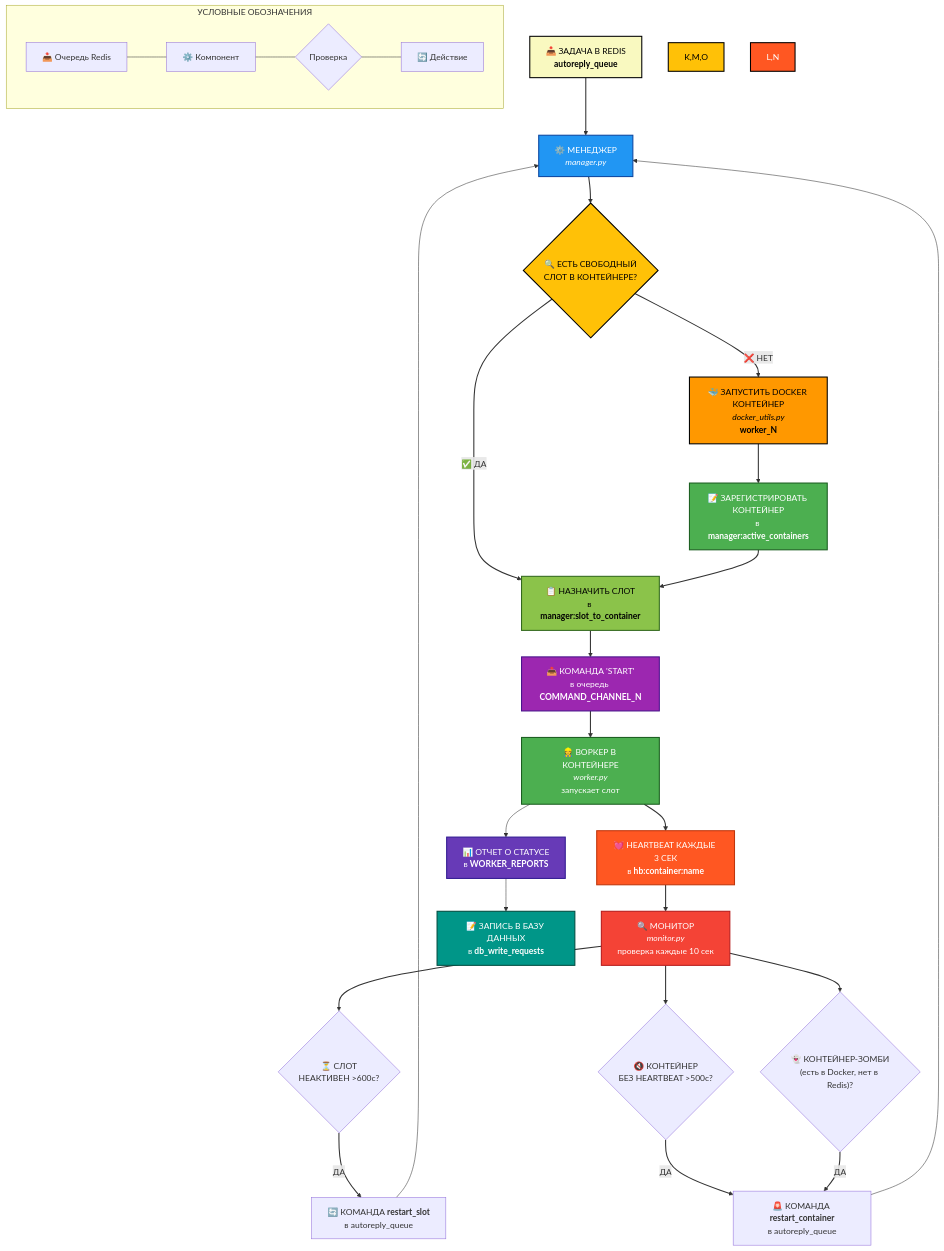
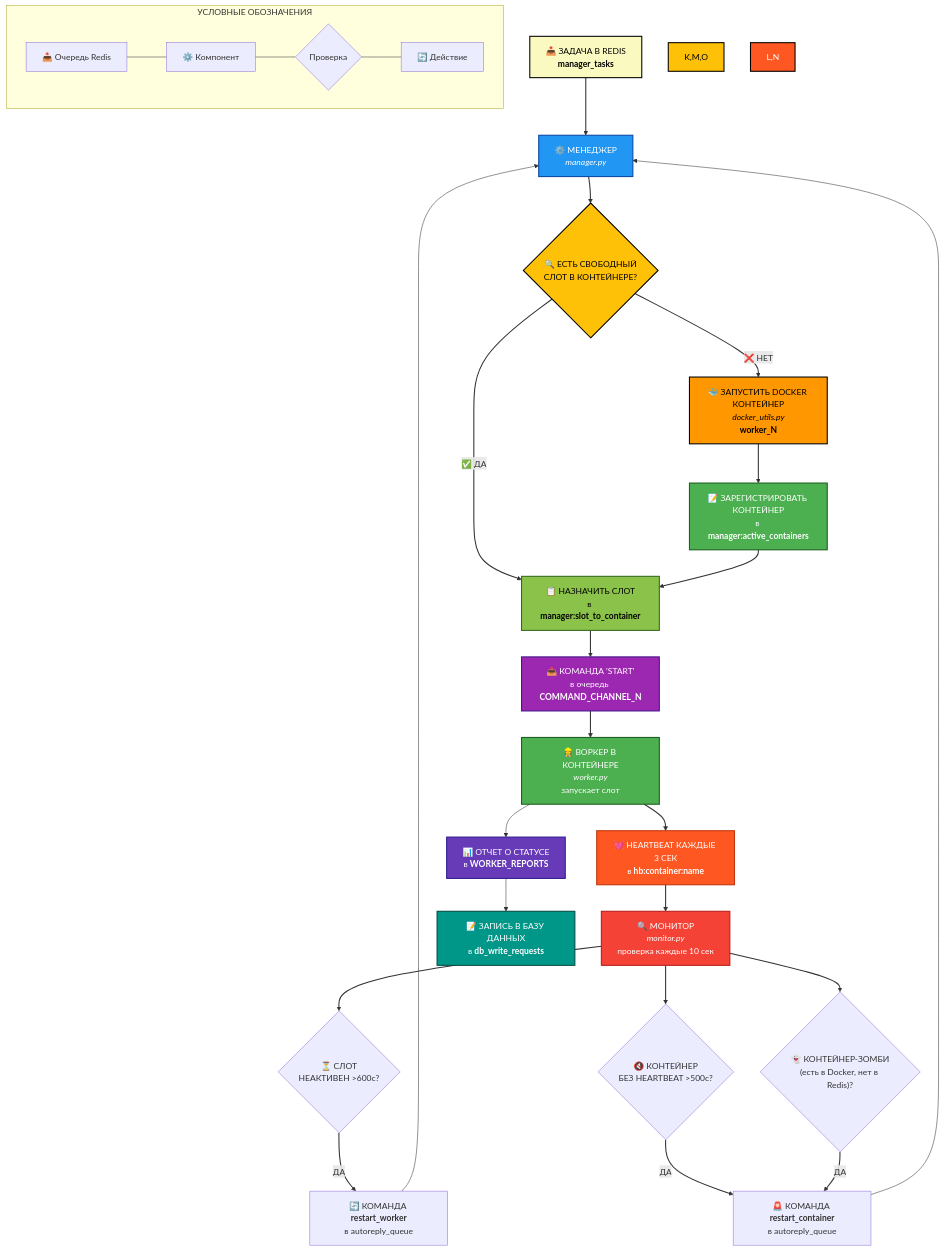
Before and after one commit to lexfrei/RedTailFox: the diagram in README.md, drawn with Mermaid. The commit also changed other lines of this file and 17 other files, not shown here.

````diff
--- a/README.md
+++ b/README.md
@@ -51,69 +69,69 @@
 ```mermaid
 graph TD
     %% Входные данные
-    A["📥 ЗАДАЧА В REDIS<br/><b>autoreply_queue</b>"] --> B["⚙️ МЕНЕДЖЕР<br/><i>manager.py</b>"]
+    A["📥 ЗАДАЧА В REDIS<br/><b>manager_tasks</b>"] --> B["⚙️ МЕНЕДЖЕР<br/><i>manager.py</b>"]
     
     %% Принятие решения
     B --> C{"🔍 ЕСТЬ СВОБОДНЫЙ<br/>СЛОТ В КОНТЕЙНЕРЕ?"}
     
     %% Ветка "Нет свободных слотов"
     C -->|❌ НЕТ| D["🐳 ЗАПУСТИТЬ DOCKER КОНТЕЙНЕР<br/><i>docker_utils.py</i><br/><b>worker_N</b>"]
     D --> E["📝 ЗАРЕГИСТРИРОВАТЬ КОНТЕЙНЕР<br/>в <b>manager:active_containers</b>"]
     
     %% Ветка "Есть свободный слот"
     C -->|✅ ДА| F["📋 НАЗНАЧИТЬ СЛОТ<br/>в <b>manager:slot_to_container</b>"]
     
     %% Объединение потоков
     E --> F
     F --> G["📤 КОМАНДА 'START'<br/>в очередь <b>COMMAND_CHANNEL_N</b>"]
     
     %% Работа воркера
     G --> H["👷 ВОРКЕР В КОНТЕЙНЕРЕ<br/><i>worker.py</i><br/>запускает слот"]
     H --> I["💓 HEARTBEAT КАЖДЫЕ 3 СЕК<br/>в <b>hb:container:name</b>"]
     
     %% Мониторинг
     I --> J["🔍 МОНИТОР<br/><i>monitor.py</i><br/>проверка каждые 10 сек"]
     
     %% Проверки монитора
     J --> K{"⏳ СЛОТ<br/>НЕАКТИВЕН >600с?"}
-    K -->|ДА| L["🔄 КОМАНДА <b>restart_slot</b><br/>в autoreply_queue"]
+    K -->|ДА| L["🔄 КОМАНДА <b>restart_worker</b><br/>в autoreply_queue"]
     
     J --> M{"🔇 КОНТЕЙНЕР<br/>БЕЗ HEARTBEAT >500с?"}
     M -->|ДА| N["🚨 КОМАНДА <b>restart_container</b><br/>в autoreply_queue"]
     
     J --> O{"👻 КОНТЕЙНЕР-ЗОМБИ<br/>(есть в Docker, нет в Redis)?"}
     O -->|ДА| N
     
     %% Замыкание цикла
     L --> B
     N --> B
     
     %% Отчеты от воркера
     H --> P["📊 ОТЧЕТ О СТАТУСЕ<br/>в <b>WORKER_REPORTS</b>"]
     P --> Q["📝 ЗАПИСЬ В БАЗУ ДАННЫХ<br/>в <b>db_write_requests</b>"]
     
     %% Простая легенда
     subgraph Legend [УСЛОВНЫЕ ОБОЗНАЧЕНИЯ]
         direction LR
         L1["📥 Очередь Redis"] --- L2["⚙️ Компонент"] --- L3{"Проверка"} --- L4["🔄 Действие"]
     end
     
     %% Стилизация с контрастными цветами и четким текстом
     style A fill:#f9f9c0,stroke:#000,stroke-width:2px,color:#000
     style B fill:#2196F3,stroke:#0d47a1,stroke-width:2px,color:#fff
     style C fill:#FFC107,stroke:#000,stroke-width:2px,color:#000
     style D fill:#FF9800,stroke:#000,stroke-width:2px,color:#000
     style E fill:#4CAF50,stroke:#1b5e20,stroke-width:2px,color:#fff
     style F fill:#8BC34A,stroke:#33691e,stroke-width:2px,color:#000
     style G fill:#9C27B0,stroke:#4a148c,stroke-width:2px,color:#fff
     style H fill:#4CAF50,stroke:#1b5e20,stroke-width:2px,color:#fff
     style I fill:#FF5722,stroke:#bf360c,stroke-width:2px,color:#fff
     style J fill:#F44336,stroke:#b71c1c,stroke-width:2px,color:#fff
     style K,M,O fill:#FFC107,stroke:#000,stroke-width:2px,color:#000
     style L,N fill:#FF5722,stroke:#000,stroke-width:2px,color:#fff
     style P fill:#673AB7,stroke:#311b92,stroke-width:2px,color:#fff
     style Q fill:#009688,stroke:#004d40,stroke-width:2px,color:#fff
     
     %% Пояснительные подписи
     linkStyle 0,1,2,3,4,5,6,7,8,9,10,11,12,13,14,15 stroke-width:2px,fill:none
 ```
````
